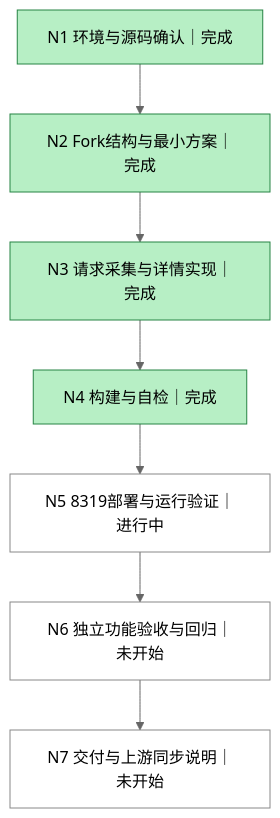
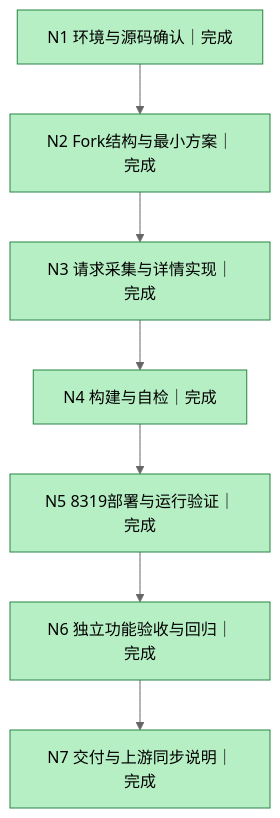
Before and after one commit to PengZoneLab/cpa-usage-keeper: the diagram in docs/prompt-inspector/DAG.md, drawn with Mermaid (neutral theme). The commit also changed other lines of this file and 8 other files, not shown here.

````diff
--- a/docs/prompt-inspector/DAG.md
+++ b/docs/prompt-inspector/DAG.md
@@ -7,16 +7,16 @@
 ```mermaid
 flowchart TD
  N1["N1 环境与源码确认｜完成"] --> N2["N2 Fork结构与最小方案｜完成"]
  N2 --> N3["N3 请求采集与详情实现｜完成"]
  N3 --> N4["N4 构建与自检｜完成"]
- N4 --> N5["N5 8319部署与运行验证｜进行中"]
- N5 --> N6["N6 独立功能验收与回归｜未开始"]
- N6 --> N7["N7 交付与上游同步说明｜未开始"]
+ N4 --> N5["N5 8319部署与运行验证｜完成"]
+ N5 --> N6["N6 独立功能验收与回归｜完成"]
+ N6 --> N7["N7 交付与上游同步说明｜完成"]
  style N1 fill:#b7efc5,stroke:#268444
  style N2 fill:#b7efc5,stroke:#268444
  style N3 fill:#b7efc5,stroke:#268444
  style N4 fill:#b7efc5,stroke:#268444
- style N5 fill:#fff,stroke:#888
- style N6 fill:#fff,stroke:#888
- style N7 fill:#fff,stroke:#888
+ style N5 fill:#b7efc5,stroke:#268444
+ style N6 fill:#b7efc5,stroke:#268444
+ style N7 fill:#b7efc5,stroke:#268444
 ```
````
